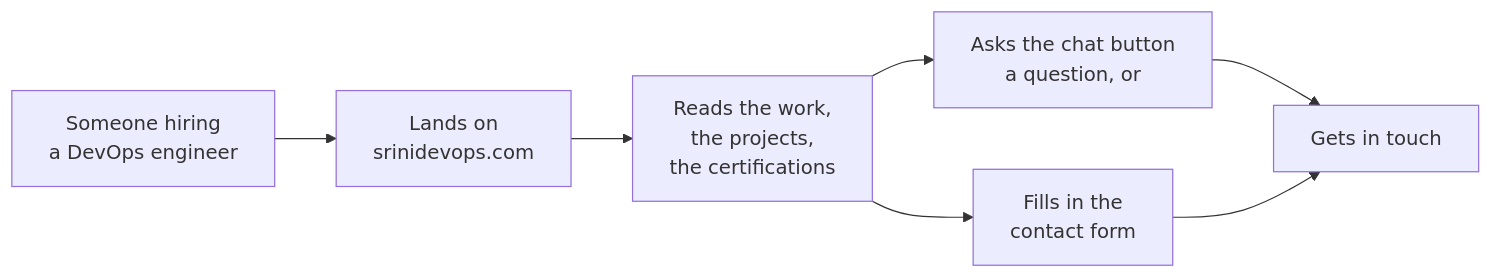
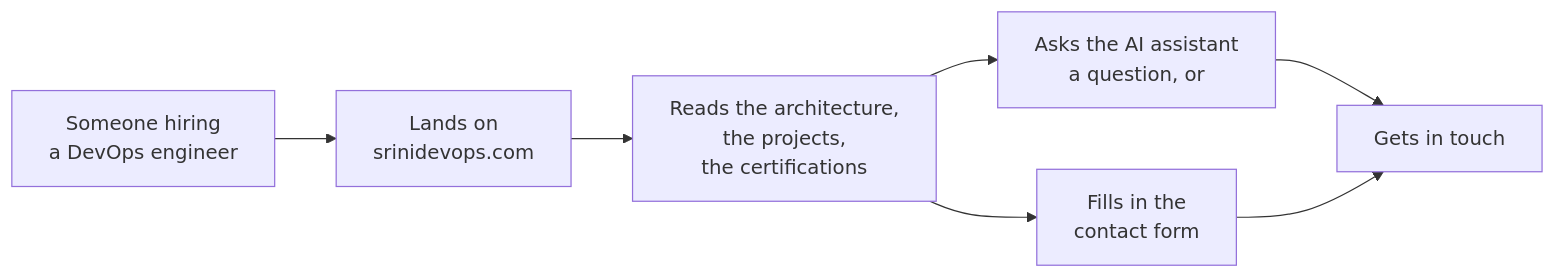
Before and after one commit to Srinivasan-78/srinivasan-78.github.io: the first of 8 diagrams in README.md, drawn with Mermaid. The commit also changed other lines of this file, not shown here.

Commit message:
Update README.md to reflect enhanced portfolio details and clarify project architecture

````diff
--- a/README.md
+++ b/README.md
@@ -44,9 +44,9 @@
 ```mermaid
 flowchart LR
     A["Someone hiring<br/>a DevOps engineer"] --> B["Lands on<br/>srinidevops.com"]
-    B --> C["Reads the work,<br/>the projects,<br/>the certifications"]
-    C --> D["Asks the chat button<br/>a question, or"]
+    B --> C["Reads the architecture,<br/>the projects,<br/>the certifications"]
+    C --> D["Asks the AI assistant<br/>a question, or"]
     C --> E["Fills in the<br/>contact form"]
     D --> F["Gets in touch"]
     E --> F
 ```
````
